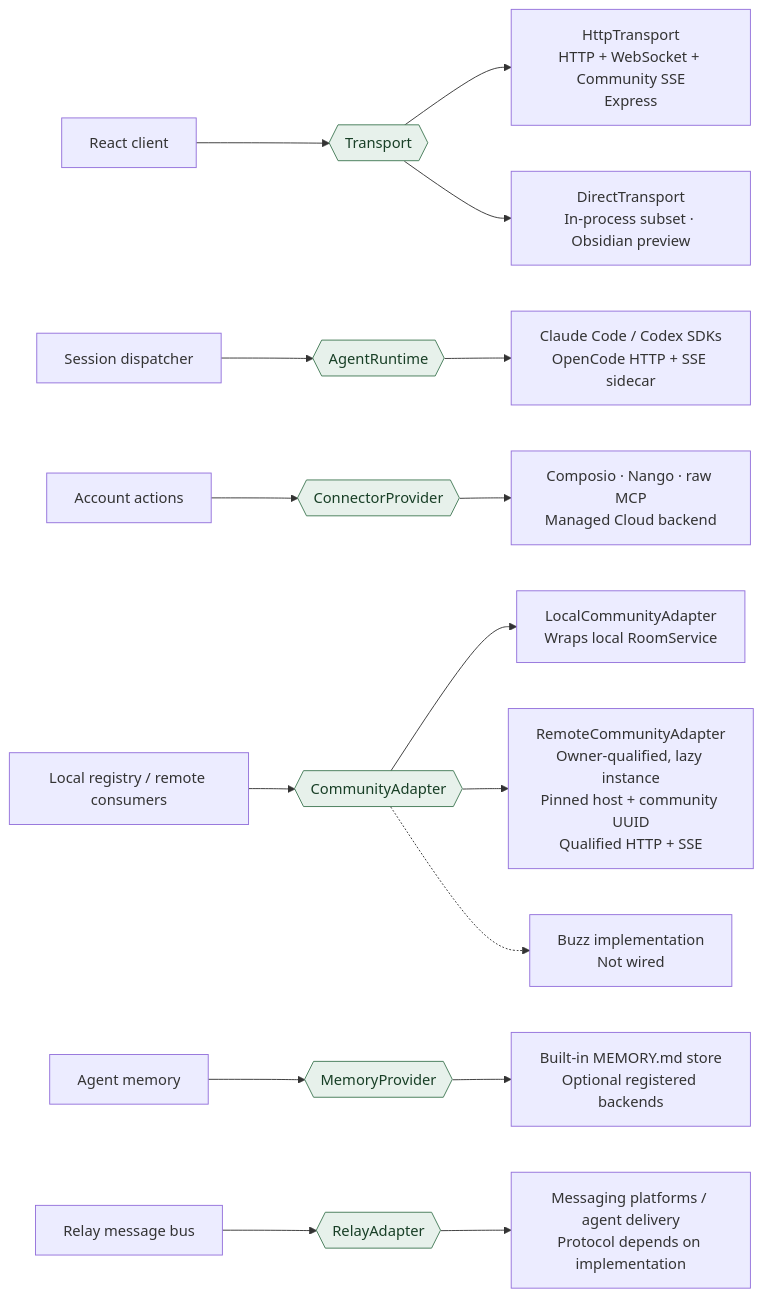
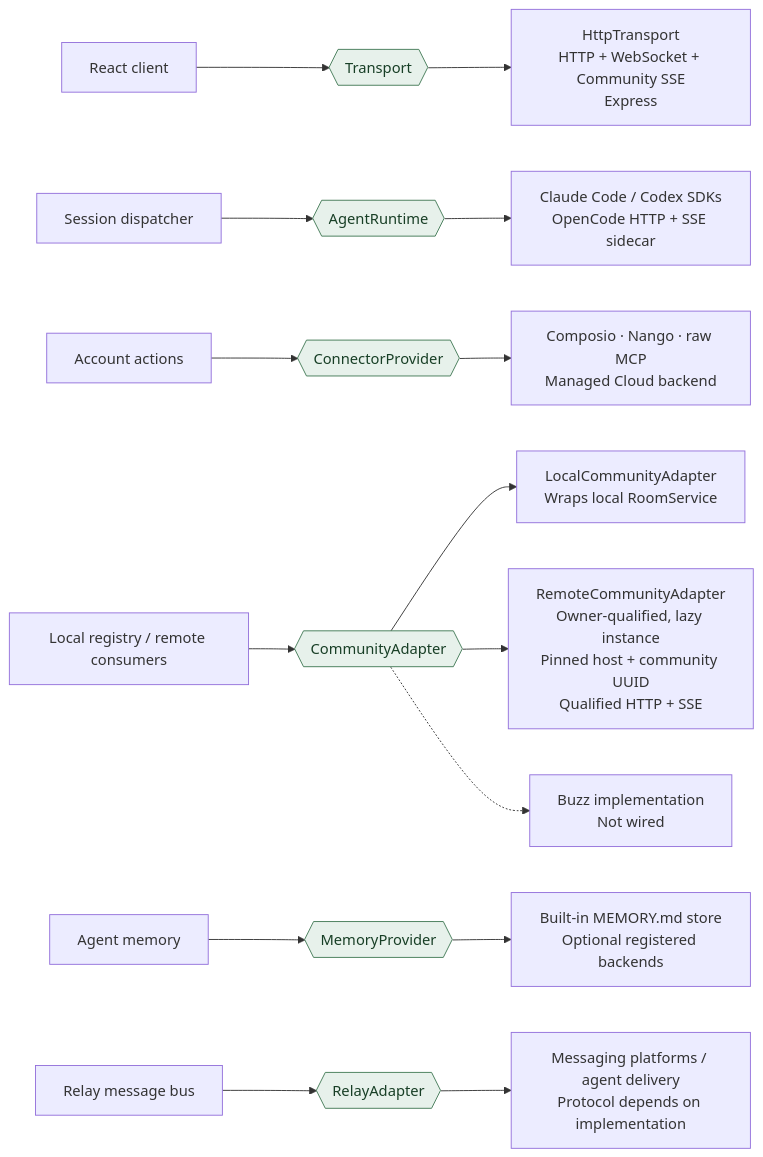
One commit to dork-labs/dorkos changed the diagram in contributing/diagrams/architecture/ports.mmd. Above: the diagram before and after it, drawn with Mermaid. The commit also changed 517 other files, not shown here.

```diff
--- a/contributing/diagrams/architecture/ports.mmd
+++ b/contributing/diagrams/architecture/ports.mmd
@@ -1,20 +1,19 @@
 flowchart LR
   accTitle: DorkOS replaceable interfaces
   accDescr: Each row names a caller, its port, and implementations. A port is a code boundary, not necessarily a network boundary. The dashed Community edge is the unwired Buzz implementation.
   ui["React client"] --> transport{{"Transport"}}
   transport --> http["HttpTransport<br/>HTTP + WebSocket + Community SSE<br/>Express"]
-  transport --> direct["DirectTransport<br/>In-process subset · Obsidian preview"]
   dispatch["Session dispatcher"] --> agent{{"AgentRuntime"}}
   agent --> runtimes["Claude Code / Codex SDKs<br/>OpenCode HTTP + SSE sidecar"]
   accounts["Account actions"] --> connector{{"ConnectorProvider"}}
   connector --> backends["Composio · Nango · raw MCP<br/>Managed Cloud backend"]
   rooms["Local registry / remote consumers"] --> community{{"CommunityAdapter"}}
   community --> local["LocalCommunityAdapter<br/>Wraps local RoomService"]
   community --> remote["RemoteCommunityAdapter<br/>Owner-qualified, lazy instance<br/>Pinned host + community UUID<br/>Qualified HTTP + SSE"]
   community -.-> buzz["Buzz implementation<br/>Not wired"]
   notes["Agent memory"] --> memory{{"MemoryProvider"}}
   memory --> files["Built-in MEMORY.md store<br/>Optional registered backends"]
   relay["Relay message bus"] --> messaging{{"RelayAdapter"}}
   messaging --> channels["Messaging platforms / agent delivery<br/>Protocol depends on implementation"]
   classDef port fill:#e7f1eb,stroke:#427a55,color:#183f26
   class transport,agent,connector,community,memory,messaging port
```
